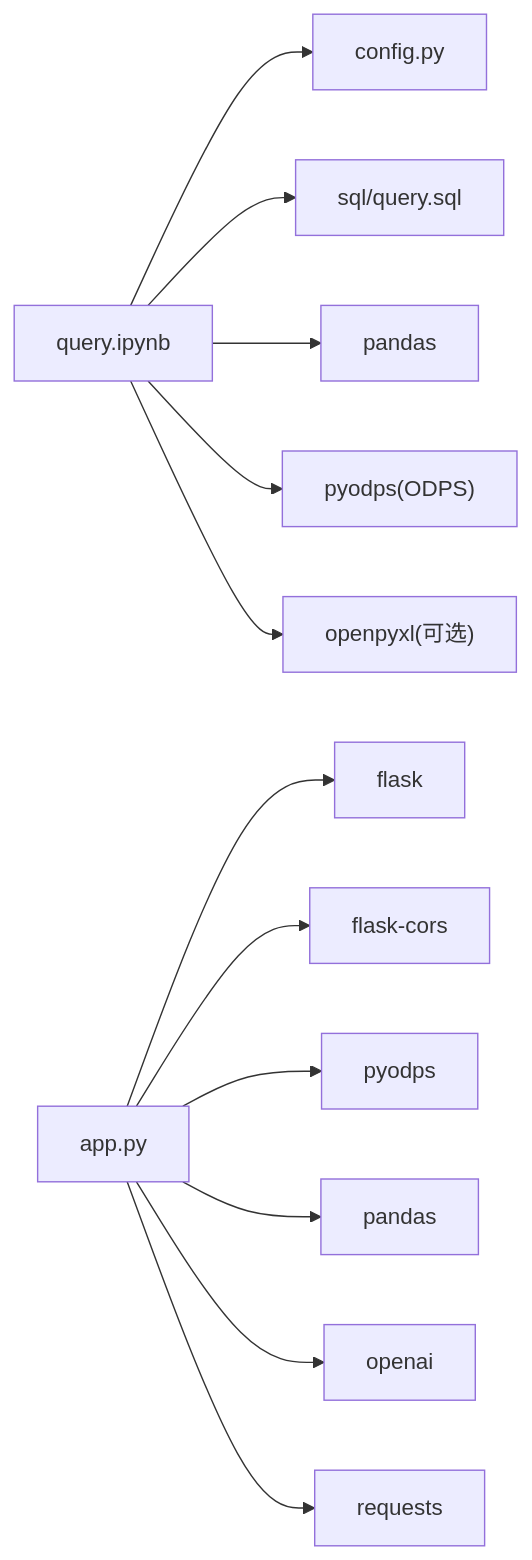
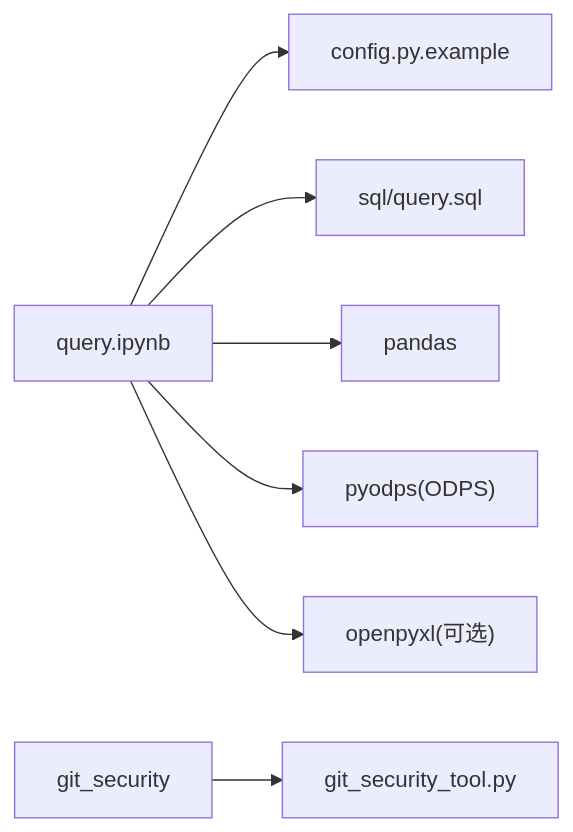
The third of 3 diagrams in .qoder/repowiki/zh/content/快速开始.md (sd99886/test), drawn with Mermaid before and after one commit. The commit also changed other lines of this file and 195 other files, not shown here.

````diff
--- a/.qoder/repowiki/zh/content/快速开始.md
+++ b/.qoder/repowiki/zh/content/快速开始.md
@@ -287,14 +177,9 @@
 ```mermaid
 graph LR
-QIPYNB["query.ipynb"] --> CFG["config.py"]
+QIPYNB["query.ipynb"] --> CFG["config.py.example"]
 QIPYNB --> SQL["sql/query.sql"]
 QIPYNB --> PD["pandas"]
 QIPYNB --> ODPSSDK["pyodps(ODPS)"]
 QIPYNB --> EXCEL["openpyxl(可选)"]
-APPPY["app.py"] --> FLASK["flask"]
-APPPY --> CORS["flask-cors"]
-APPPY --> PYODPS["pyodps"]
-APPPY --> PANDAS["pandas"]
-APPPY --> OPENAI["openai"]
-APPPY --> REQUESTS["requests"]
+GITSEC["git_security"] --> TOOL["git_security_tool.py"]
 ```
````
